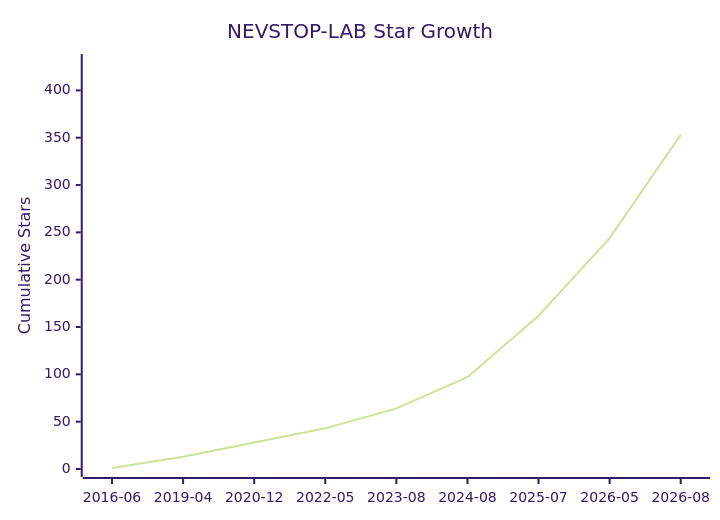
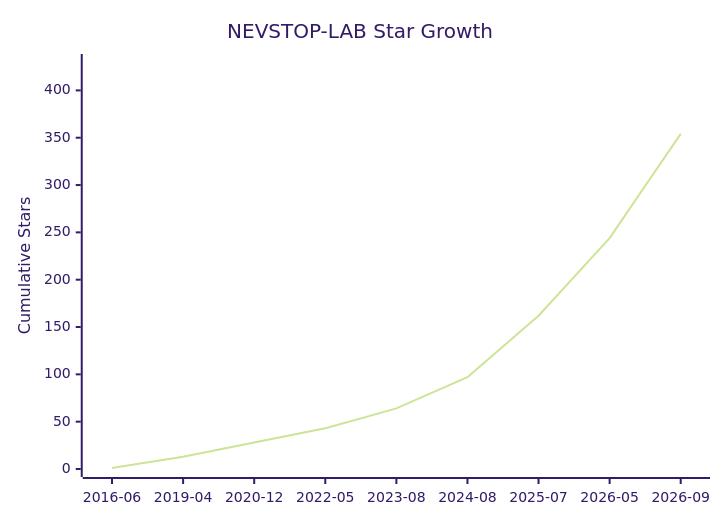
One commit to NEVSTOP-LAB/.github changed the diagram in Star-History.md. Above: the diagram before and after it, drawn with Mermaid (forest theme). The commit also changed other lines of this file and 2 other files, not shown here.

````diff
--- a/Star-History.md
+++ b/Star-History.md
@@ -8,7 +8,7 @@
 ```mermaid
 xychart-beta
     title "NEVSTOP-LAB Star Growth"
-    x-axis ["2016-06", "2019-04", "2020-12", "2022-05", "2023-08", "2024-08", "2025-07", "2026-05", "2026-08"]
+    x-axis ["2016-06", "2019-04", "2020-12", "2022-05", "2023-08", "2024-08", "2025-07", "2026-05", "2026-09"]
     y-axis "Cumulative Stars" 0 --> 430
-    line [1, 13, 28, 43, 64, 97, 162, 244, 353]
+    line [1, 13, 28, 43, 64, 97, 162, 244, 354]
 ```
````
